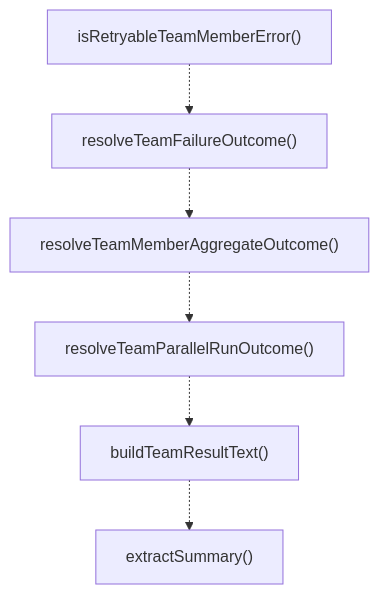
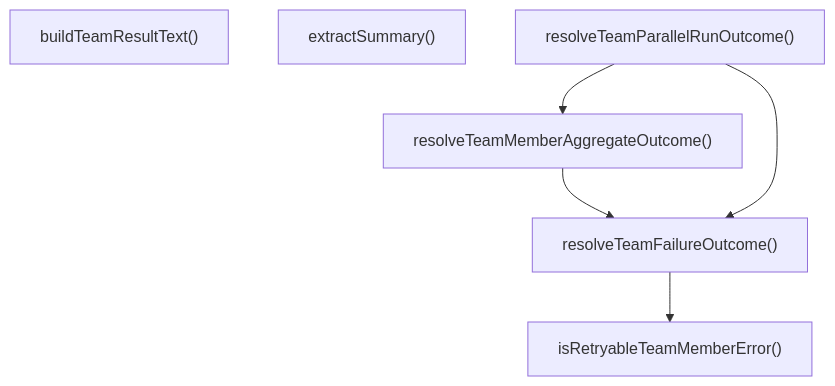
Before and after one commit to Mekann2904/mekann: the second of 3 diagrams in ABDD/.pi/extensions/agent-teams/result-aggregation.md, drawn with Mermaid. The commit also changed other lines of this file and 277 other files, not shown here.

````diff
--- a/ABDD/.pi/extensions/agent-teams/result-aggregation.md
+++ b/ABDD/.pi/extensions/agent-teams/result-aggregation.md
@@ -54,14 +54,13 @@
 ```mermaid
 flowchart TD
+  buildTeamResultText["buildTeamResultText()"]
+  extractSummary["extractSummary()"]
   isRetryableTeamMemberError["isRetryableTeamMemberError()"]
   resolveTeamFailureOutcome["resolveTeamFailureOutcome()"]
   resolveTeamMemberAggregateOutcome["resolveTeamMemberAggregateOutcome()"]
   resolveTeamParallelRunOutcome["resolveTeamParallelRunOutcome()"]
-  buildTeamResultText["buildTeamResultText()"]
-  extractSummary["extractSummary()"]
-  isRetryableTeamMemberError -.-> resolveTeamFailureOutcome
-  resolveTeamFailureOutcome -.-> resolveTeamMemberAggregateOutcome
-  resolveTeamMemberAggregateOutcome -.-> resolveTeamParallelRunOutcome
-  resolveTeamParallelRunOutcome -.-> buildTeamResultText
-  buildTeamResultText -.-> extractSummary
+  resolveTeamFailureOutcome --> isRetryableTeamMemberError
+  resolveTeamMemberAggregateOutcome --> resolveTeamFailureOutcome
+  resolveTeamParallelRunOutcome --> resolveTeamFailureOutcome
+  resolveTeamParallelRunOutcome --> resolveTeamMemberAggregateOutcome
 ```
````
